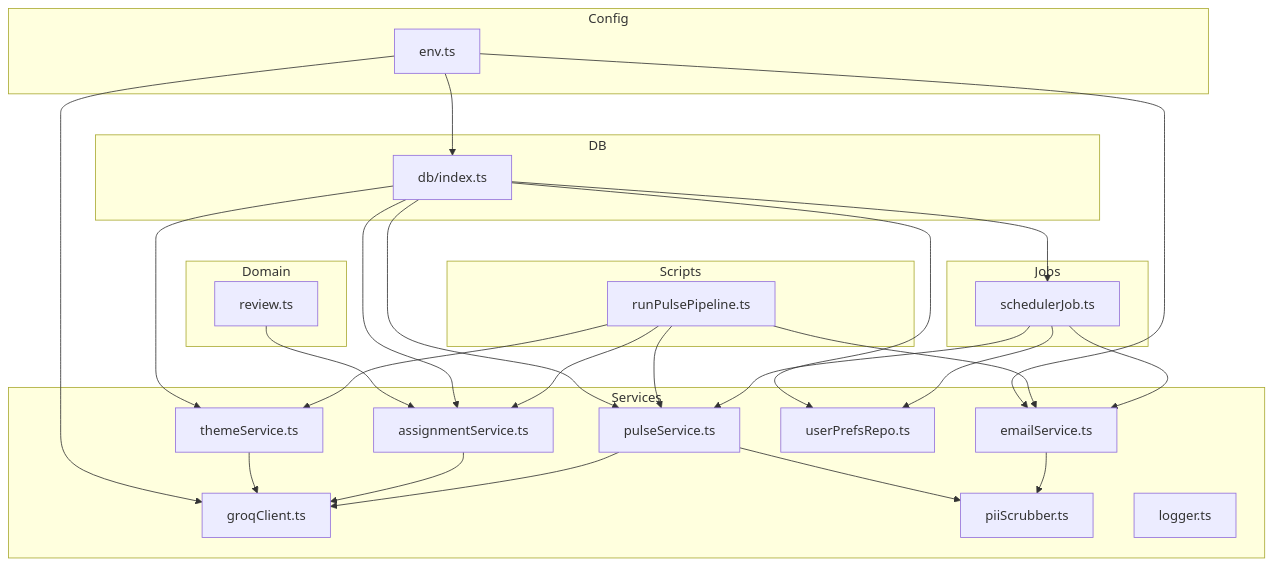
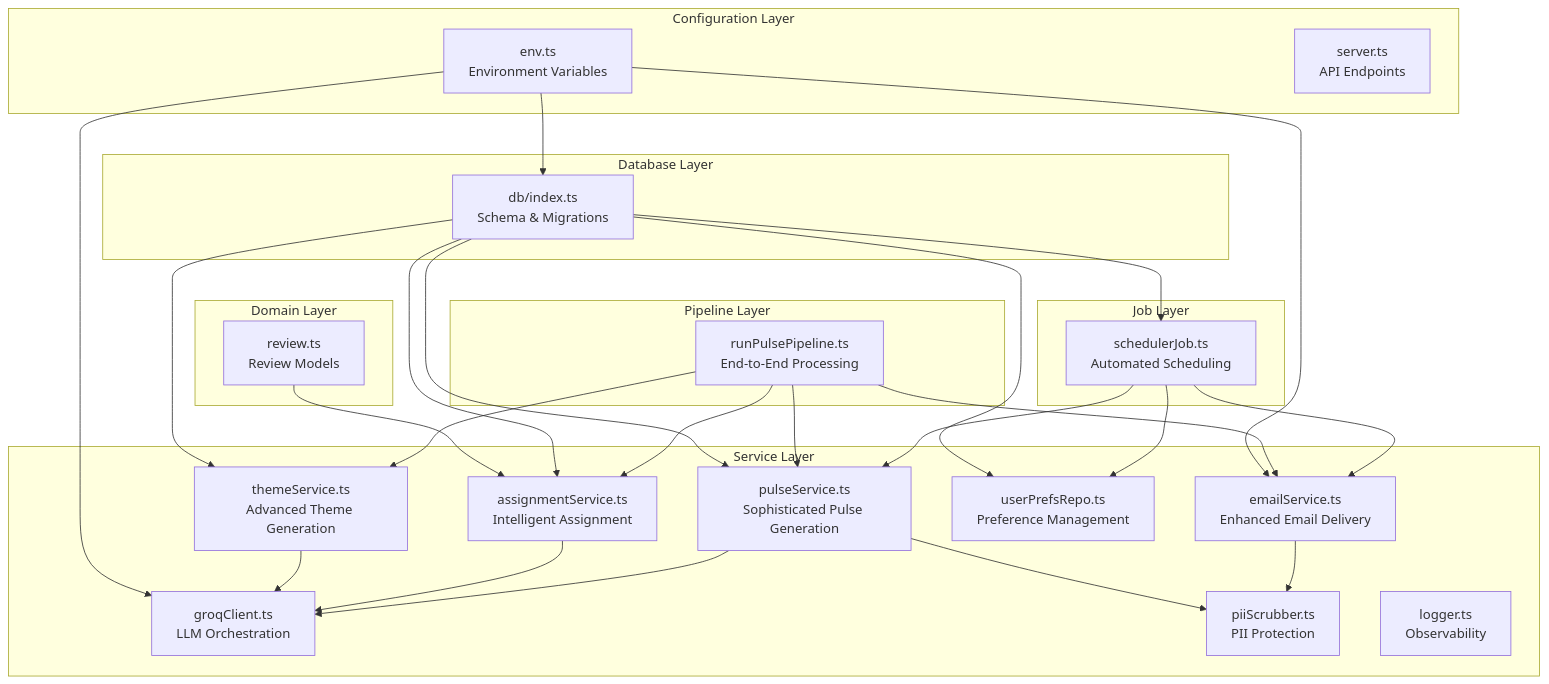
The first of 9 diagrams in .qoder/repowiki/en/content/Phase 2_ Advanced Analytics & Automation/Weekly Pulse Generation.md (aravinthraj-ramalingam/Groww-App-Review-Insights-Analyzer-), drawn with Mermaid before and after one commit. The commit also changed other lines of this file and 11 other files, not shown here.

````diff
--- a/.qoder/repowiki/en/content/Phase 2_ Advanced Analytics & Automation/Weekly Pulse Generation.md
+++ b/.qoder/repowiki/en/content/Phase 2_ Advanced Analytics & Automation/Weekly Pulse Generation.md
@@ -48,49 +57,50 @@
 ```mermaid
 graph TB
-subgraph "Config"
-ENV["env.ts"]
+subgraph "Configuration Layer"
+ENV["env.ts<br/>Environment Variables"]
+ENDPOINT["server.ts<br/>API Endpoints"]
 end
-subgraph "Domain"
-REVIEW["review.ts"]
+subgraph "Domain Layer"
+REVIEW["review.ts<br/>Review Models"]
 end
-subgraph "DB"
-DBIDX["db/index.ts"]
+subgraph "Database Layer"
+DBIDX["db/index.ts<br/>Schema & Migrations"]
 end
-subgraph "Services"
-THEME["themeService.ts"]
-ASSIGN["assignmentService.ts"]
-PULSE["pulseService.ts"]
-EMAIL["emailService.ts"]
-PREFS["userPrefsRepo.ts"]
-GROQ["groqClient.ts"]
-SCRUB["piiScrubber.ts"]
-LOG["logger.ts"]
+subgraph "Service Layer"
+THEME["themeService.ts<br/>Advanced Theme Generation"]
+ASSIGN["assignmentService.ts<br/>Intelligent Assignment"]
+PULSE["pulseService.ts<br/>Sophisticated Pulse Generation"]
+EMAIL["emailService.ts<br/>Enhanced Email Delivery"]
+PREFS["userPrefsRepo.ts<br/>Preference Management"]
+GROQ["groqClient.ts<br/>LLM Orchestration"]
+SCRUB["piiScrubber.ts<br/>PII Protection"]
+LOG["logger.ts<br/>Observability"]
 end
-subgraph "Jobs"
-SCHED["schedulerJob.ts"]
+subgraph "Job Layer"
+SCHED["schedulerJob.ts<br/>Automated Scheduling"]
 end
-subgraph "Scripts"
-PIPE["runPulsePipeline.ts"]
+subgraph "Pipeline Layer"
+PIPE["runPulsePipeline.ts<br/>End-to-End Processing"]
 end
 ENV --> DBIDX
 ENV --> GROQ
 ENV --> EMAIL
 REVIEW --> ASSIGN
 DBIDX --> THEME
 DBIDX --> ASSIGN
 DBIDX --> PULSE
 DBIDX --> PREFS
 DBIDX --> SCHED
 PIPE --> THEME
 PIPE --> ASSIGN
 PIPE --> PULSE
 PIPE --> EMAIL
 THEME --> GROQ
 ASSIGN --> GROQ
 PULSE --> GROQ
 PULSE --> SCRUB
 EMAIL --> SCRUB
 SCHED --> PULSE
 SCHED --> EMAIL
 SCHED --> PREFS
 ```
````
